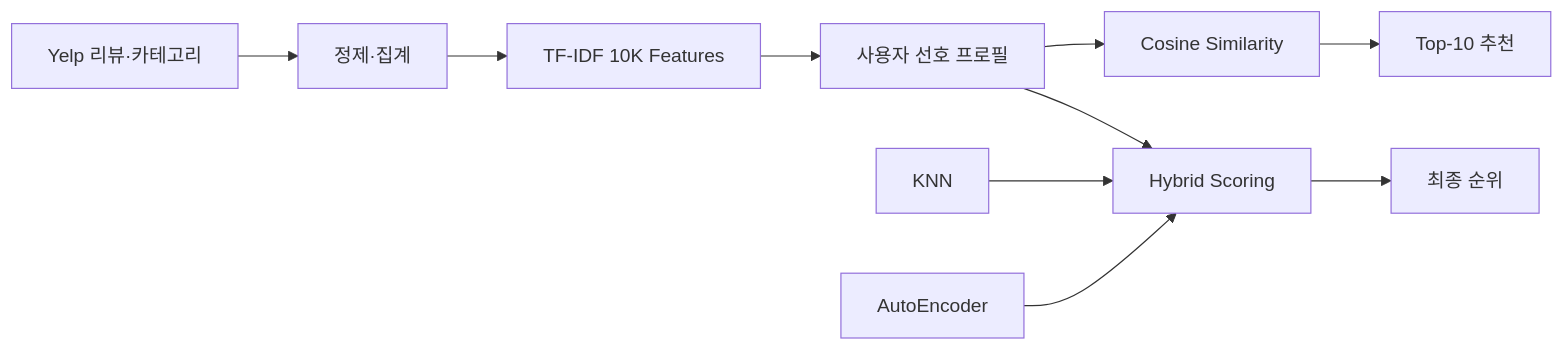
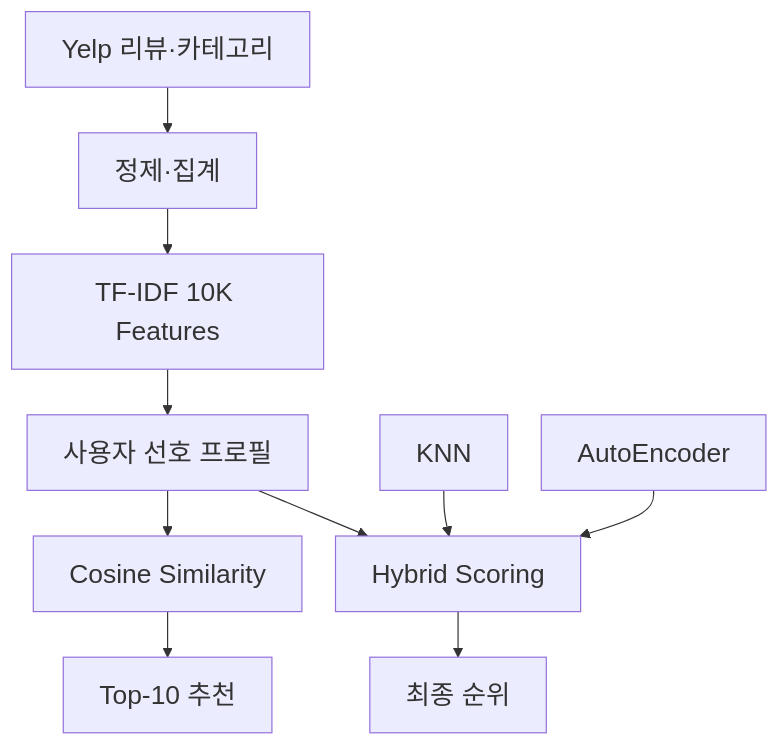
One commit to WoNy-99/ML-recommendation changed the second of 2 diagrams in README.md. Above: the diagram before and after it, drawn with Mermaid. The commit also changed other lines of this file, not shown here.

Commit message:
docs: enlarge pipeline diagrams and show OpenJev role illustration

````diff
--- a/README.md
+++ b/README.md
@@ -193,12 +201,13 @@
 ```mermaid
-flowchart LR
+%%{init: {'themeVariables': {'fontSize': '22px'}, 'flowchart': {'nodeSpacing': 28, 'rankSpacing': 38}}}%%
+flowchart TB
     A[Yelp 리뷰·카테고리] --> B[정제·집계]
     B --> C[TF-IDF 10K Features]
     C --> D[사용자 선호 프로필]
     D --> E[Cosine Similarity]
     E --> F[Top-10 추천]
     D --> G[Hybrid Scoring]
     H[KNN] --> G
     I[AutoEncoder] --> G
     G --> J[최종 순위]
 ```
````
